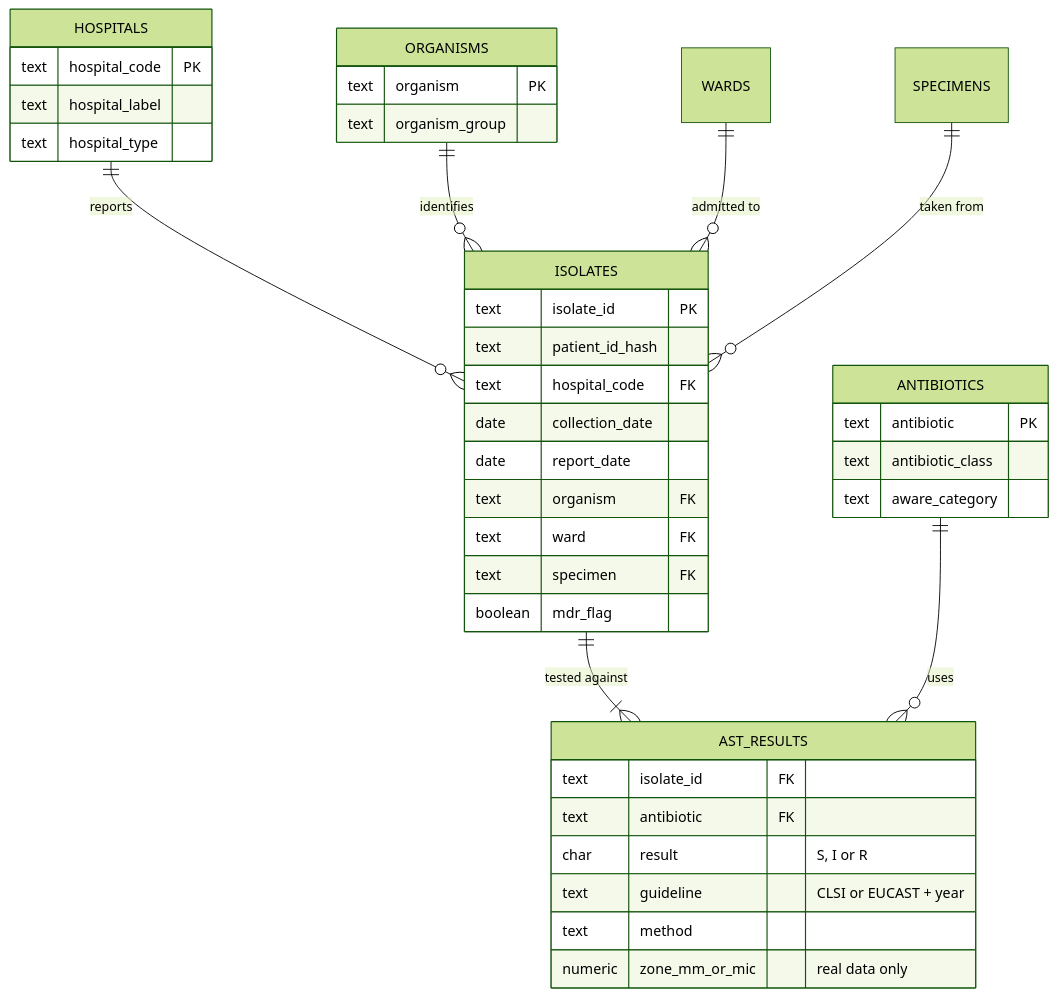
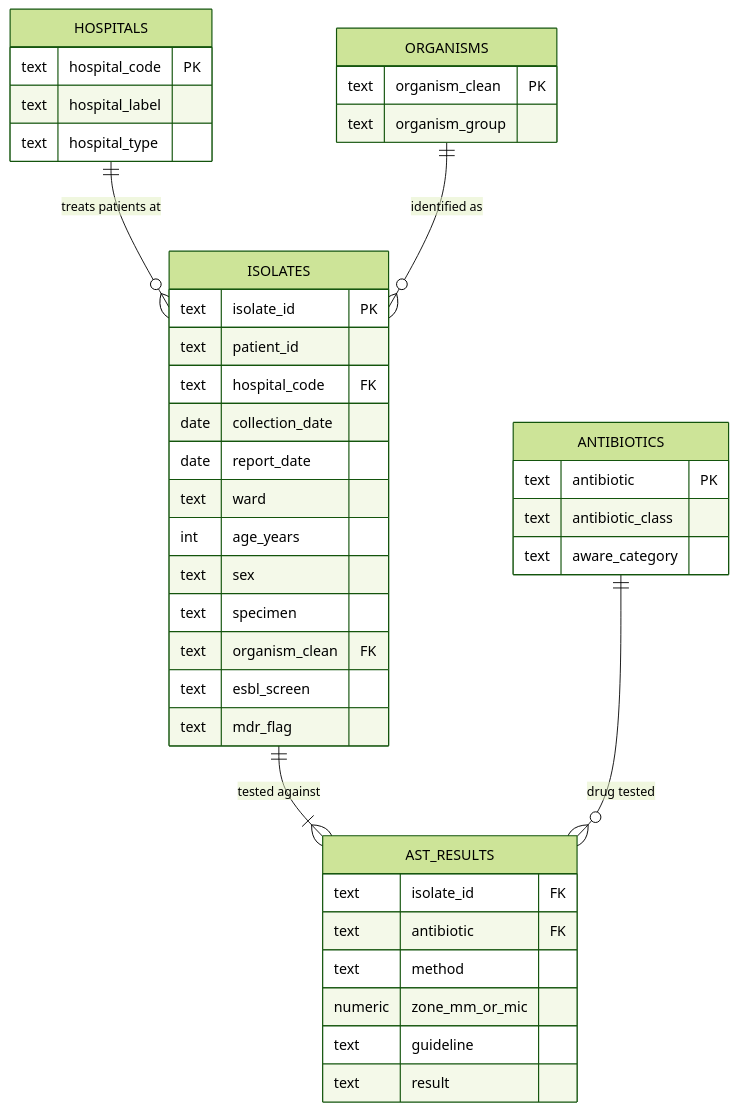
Before and after one commit to AMR-Playbook/kaduna-amr-sql: the diagram in README.md, drawn with Mermaid (forest theme). The commit also changed other lines of this file and 6 other files, not shown here.

````diff
--- a/README.md
+++ b/README.md
@@ -37,43 +19,44 @@
 ```mermaid
 erDiagram
-    HOSPITALS ||--o{ ISOLATES : "reports"
-    ORGANISMS ||--o{ ISOLATES : "identifies"
-    WARDS ||--o{ ISOLATES : "admitted to"
-    SPECIMENS ||--o{ ISOLATES : "taken from"
+    HOSPITALS ||--o{ ISOLATES : "treats patients at"
     ISOLATES ||--|{ AST_RESULTS : "tested against"
-    ANTIBIOTICS ||--o{ AST_RESULTS : "uses"
+    ORGANISMS ||--o{ ISOLATES : "identified as"
+    ANTIBIOTICS ||--o{ AST_RESULTS : "drug tested"
 
     HOSPITALS {
         text hospital_code PK
         text hospital_label
         text hospital_type
     }
+    ISOLATES {
+        text isolate_id PK
+        text patient_id
+        text hospital_code FK
+        date collection_date
+        date report_date
+        text ward
+        int  age_years
+        text sex
+        text specimen
+        text organism_clean FK
+        text esbl_screen
+        text mdr_flag
+    }
+    AST_RESULTS {
+        text isolate_id FK
+        text antibiotic FK
+        text method
+        numeric zone_mm_or_mic
+        text guideline
+        text result
+    }
     ORGANISMS {
-        text organism PK
+        text organism_clean PK
         text organism_group
     }
     ANTIBIOTICS {
         text antibiotic PK
         text antibiotic_class
         text aware_category
     }
-    ISOLATES {
-        text isolate_id PK
-        text patient_id_hash
-        text hospital_code FK
-        date collection_date
-        date report_date
-        text organism FK
-        text ward FK
-        text specimen FK
-        boolean mdr_flag
-    }
-    AST_RESULTS {
-        text isolate_id FK
-        text antibiotic FK
-        char result "S, I or R"
-        text guideline "CLSI or EUCAST + year"
-        text method
-        numeric zone_mm_or_mic "real data only"
-    }
 ```
````
